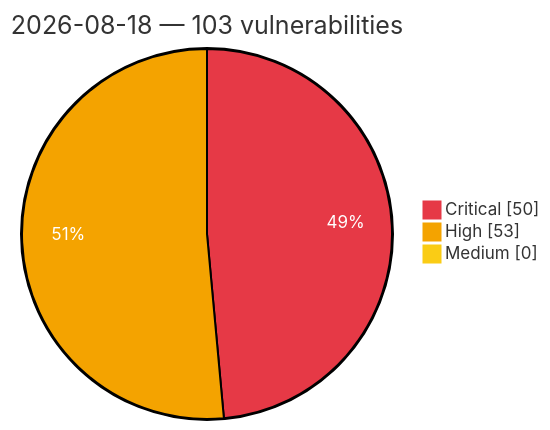
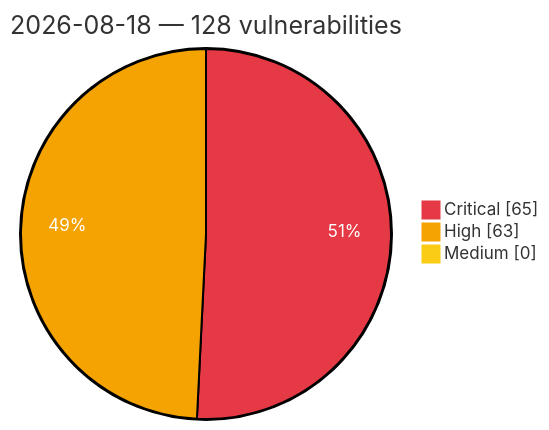
The diagram in vulnerabilities/2026/August/2026-08-18.md (GhostX0X/vuln-tracker), drawn with Mermaid before and after one commit. The commit also changed other lines of this file and 5 other files, not shown here.

Commit message:
Auto update: critical/high vulns (2026-08-18 22:20 UTC)

````diff
--- a/vulnerabilities/2026/August/2026-08-18.md
+++ b/vulnerabilities/2026/August/2026-08-18.md
@@ -3,8 +3,8 @@
 ```mermaid
 %%{init: {'theme':'base', 'themeVariables': {'pie1':'#e63946', 'pie2':'#f4a300', 'pie3':'#facc15', 'pieOpacity':'1', 'pieOuterStrokeWidth':'2px', 'pieSectionTextColor':'#ffffff'}}}%%
 pie showData
-    title 2026-08-18 — 103 vulnerabilities
-    "Critical" : 50
-    "High" : 53
+    title 2026-08-18 — 128 vulnerabilities
+    "Critical" : 65
+    "High" : 63
     "Medium" : 0
 ```
````
